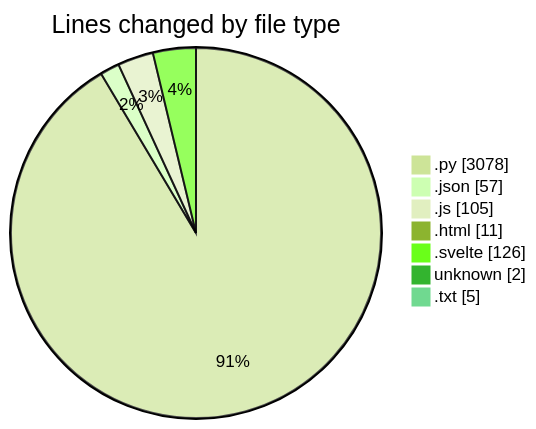
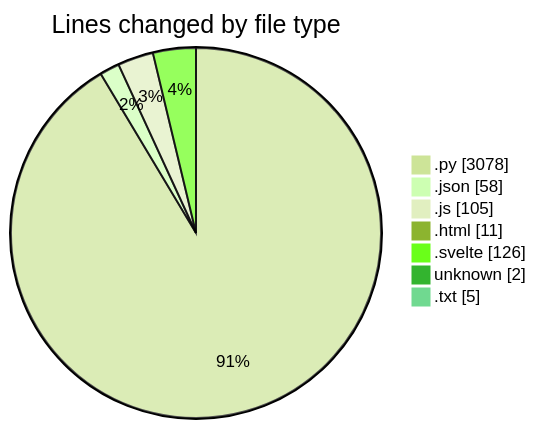
One commit to lephambinh05/code-tracking changed the first of 2 diagrams in 2025-07-10/toolsopenemalpass/README.md. Above: the diagram before and after it, drawn with Mermaid (forest theme). The commit also changed other lines of this file and 1 other file, not shown here.

````diff
--- a/2025-07-10/toolsopenemalpass/README.md
+++ b/2025-07-10/toolsopenemalpass/README.md
@@ -62,11 +62,11 @@
 ```mermaid
 pie showData
 title Lines changed by file type
 ".py" : 3078
-".json" : 57
+".json" : 58
 ".js" : 105
 ".html" : 11
 ".svelte" : 126
 "unknown" : 2
 ".txt" : 5
 ```
````
